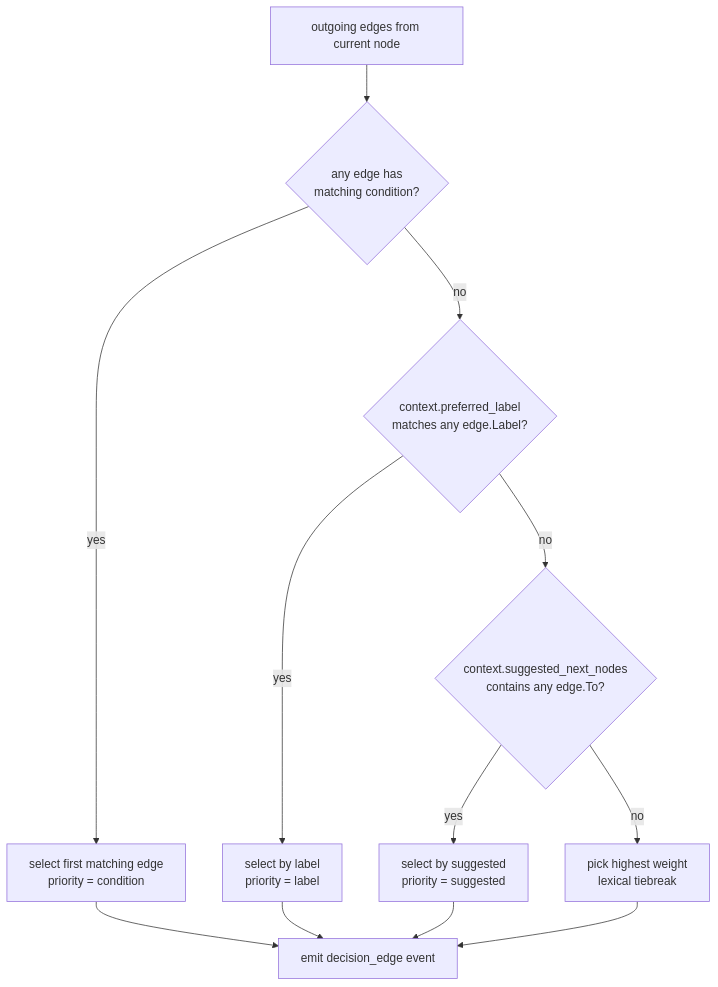
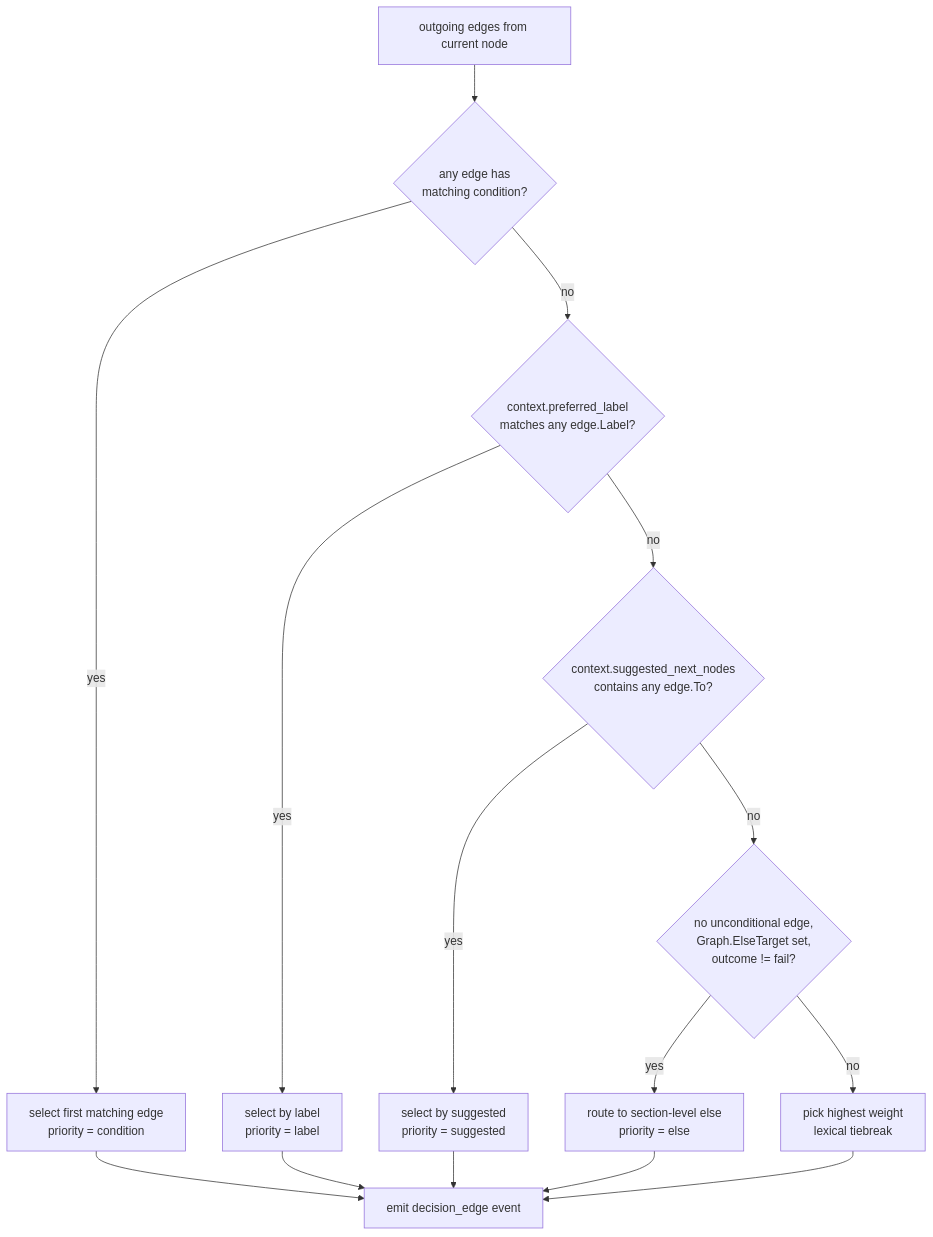
One commit to 2389-research/tracker changed the second of 5 diagrams in docs/architecture/engine.md. Above: the diagram before and after it, drawn with Mermaid. The commit also changed other lines of this file and 19 other files, not shown here.

````diff
--- a/docs/architecture/engine.md
+++ b/docs/architecture/engine.md
@@ -236,15 +236,18 @@
 ```mermaid
 flowchart TD
     start["outgoing edges from current node"]
     start --> cond{any edge has<br/>matching condition?}
     cond -->|yes| c_sel["select first matching edge<br/>priority = condition"]
     cond -->|no| lbl{context.preferred_label<br/>matches any edge.Label?}
     lbl -->|yes| l_sel["select by label<br/>priority = label"]
     lbl -->|no| sug{context.suggested_next_nodes<br/>contains any edge.To?}
     sug -->|yes| s_sel["select by suggested<br/>priority = suggested"]
-    sug -->|no| wgt["pick highest weight<br/>lexical tiebreak"]
+    sug -->|no| els{no unconditional edge,<br/>Graph.ElseTarget set,<br/>outcome != fail?}
+    els -->|yes| e_sel["route to section-level else<br/>priority = else"]
+    els -->|no| wgt["pick highest weight<br/>lexical tiebreak"]
     c_sel --> emit["emit decision_edge event"]
     l_sel --> emit
     s_sel --> emit
+    e_sel --> emit
     wgt --> emit
 ```
````
